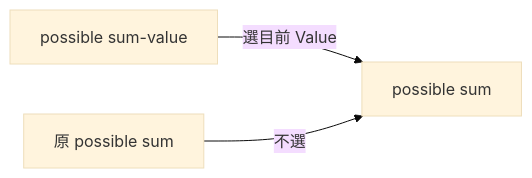
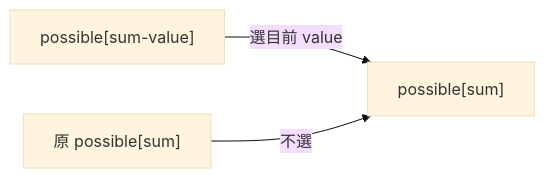
The seventh of 11 diagrams in 09_dynamic_programming/40_knapsack.md (davidchen0970/algorithm_note), drawn with Mermaid (base theme) before and after one commit. The commit also changed other lines of this file and 4 other files, not shown here.

````diff
--- a/09_dynamic_programming/40_knapsack.md
+++ b/09_dynamic_programming/40_knapsack.md
@@ -213,5 +382,5 @@
 ```mermaid
 flowchart LR
-    A[possible sum-value] -->|選目前 Value| B[possible sum]
-    C[原 possible sum] -->|不選| B
+    A["possible[sum-value]"] -->|"選目前 value"| B["possible[sum]"]
+    C["原 possible[sum]"] -->|"不選"| B
 ```
````
